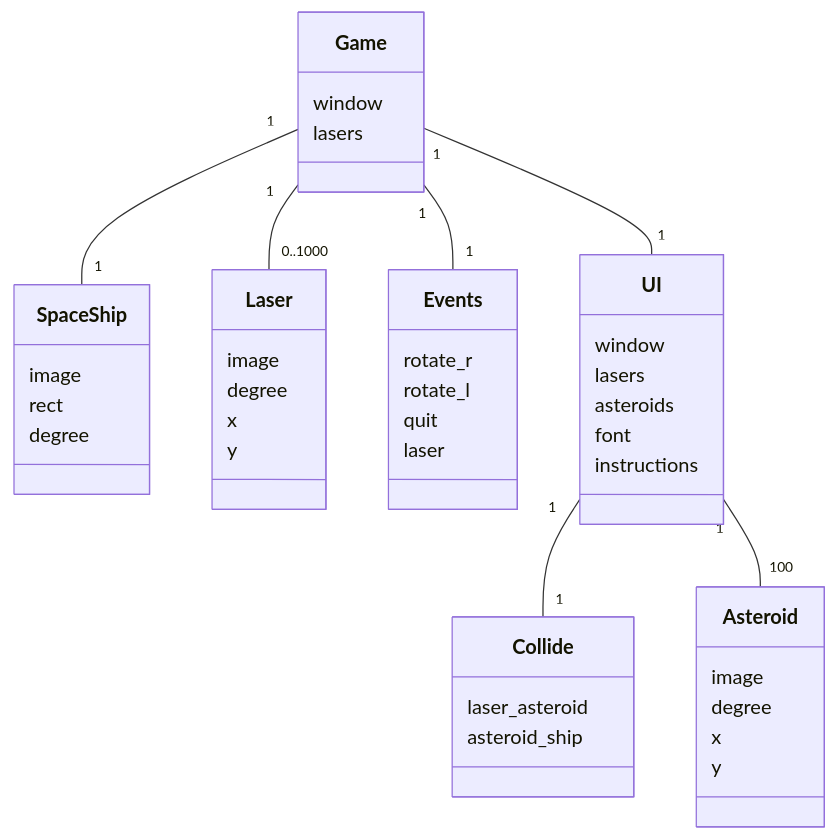
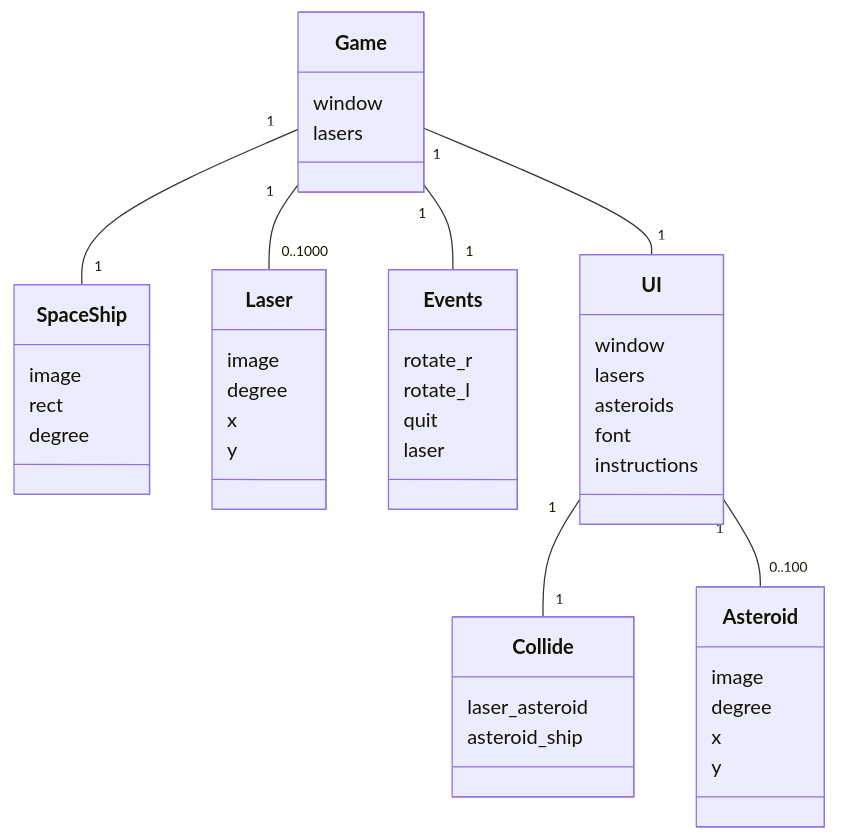
One commit to olgahuusari/ot-harjoitustyo changed the diagram in dokumentaatio/arkkitehtuuri.md. Above: the diagram before and after it, drawn with Mermaid.

````diff
--- a/dokumentaatio/arkkitehtuuri.md
+++ b/dokumentaatio/arkkitehtuuri.md
@@ -5,49 +5,49 @@
 ```mermaid
     classDiagram
     class Game{
         window
         lasers
     }
     class SpaceShip{
         image
         rect
         degree
     }
     class Laser{
         image
         degree
         x
         y
     }
     class Events{
         rotate_r
         rotate_l
         quit
         laser
     }
     class UI{
         window
         lasers
         asteroids
         font
         instructions
     }
     class Asteroid{
         image
         degree
         x
         y
     }
     class Collide{
         laser_asteroid
         asteroid_ship
     }
 
     UI "1" -- "1" Collide
     Game "1" -- "1" SpaceShip
     Game "1" -- "0..1000" Laser
     Game "1" --"1" Events
-    UI "1" --"100" Asteroid
+    UI "1" --"0..100" Asteroid
     Game "1" --"1" UI
 
 ```
````
